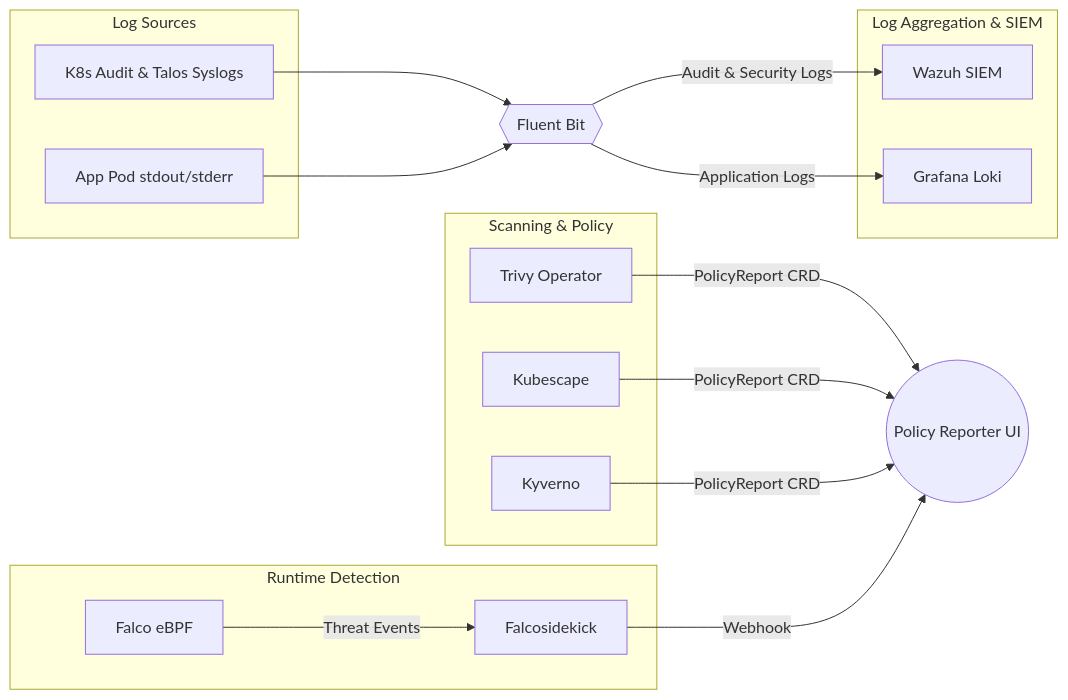
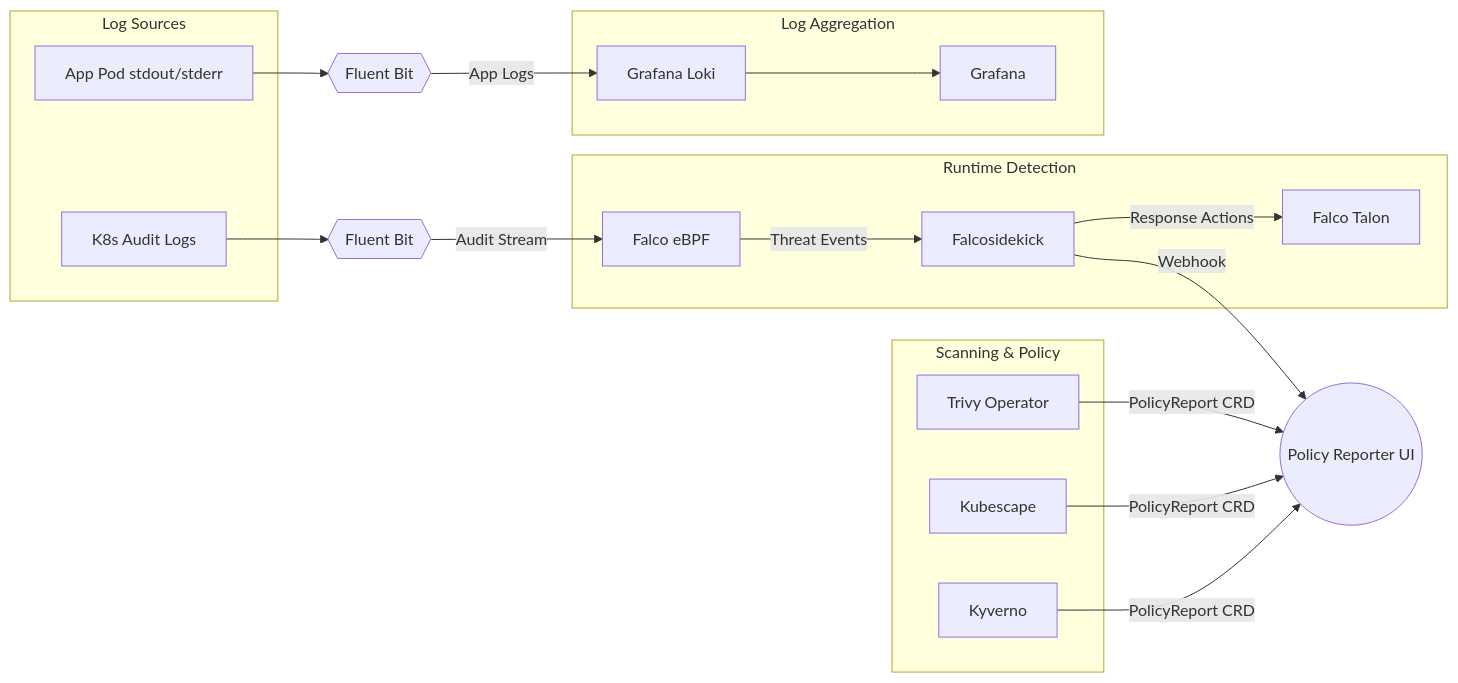
The second of 3 diagrams in README.md (nulcell/homecloud), drawn with Mermaid before and after one commit. The commit also changed other lines of this file and 18 other files, not shown here.

````diff
--- a/README.md
+++ b/README.md
@@ -216,43 +212,47 @@
 ```mermaid
 flowchart LR
     %% Centralized Security Dashboard
     PR((Policy Reporter UI))
 
     %% Policy and Scanning Tools
     subgraph Policy_Scanning ["Scanning & Policy"]
         Trivy[Trivy Operator]
         Kube[Kubescape]
         Kyv[Kyverno]
     end
 
     Trivy -->|PolicyReport CRD| PR
     Kube -->|PolicyReport CRD| PR
     Kyv -->|PolicyReport CRD| PR
 
     %% Runtime Security Tools
     subgraph Runtime ["Runtime Detection"]
         Falco[Falco eBPF] -->|Threat Events| Sidekick[Falcosidekick]
+        Sidekick -->|Response Actions| Talon[Falco Talon]
     end
 
     Sidekick -->|Webhook| PR
 
-    %% Logging Infrastructure
+    %% Log Sources
     subgraph Log_Sources ["Log Sources"]
-        SysLogs[K8s Audit & Talos Syslogs]
+        AuditLogs[K8s Audit Logs]
         AppLogs[App Pod stdout/stderr]
     end
 
     FB{{Fluent Bit}}
+    FluentBit{{Fluent Bit}}
 
-    SysLogs --> FB
-    AppLogs --> FB
+    AuditLogs --> FB
+    AppLogs --> FluentBit
 
-    %% Log Destinations
-    subgraph Storage_SIEM ["Log Aggregation & SIEM"]
-        Wazuh[Wazuh SIEM]
+    FB -->|Audit Stream| Falco
+
+    %% Log Aggregation
+    subgraph Log_Store ["Log Aggregation"]
         Loki[Grafana Loki]
+        Grafana[Grafana]
     end
 
-    FB -->|Audit & Security Logs| Wazuh
-    FB -->|Application Logs| Loki
+    FluentBit -->|App Logs| Loki
+    Loki --> Grafana
 ```
````
